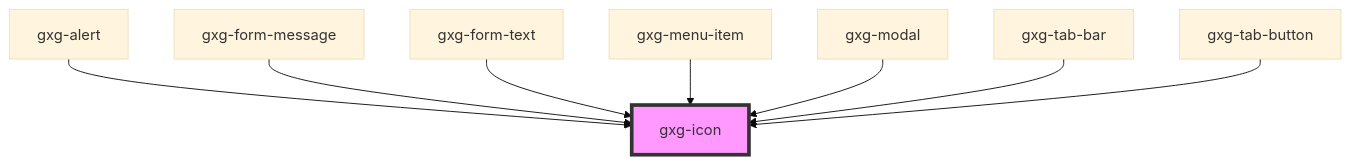
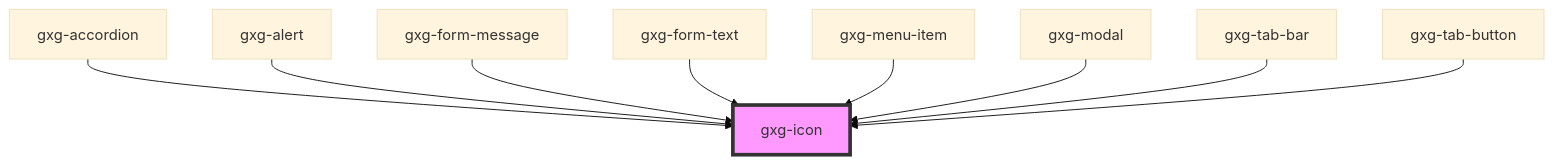
Before and after one commit to genexuslabs/gemini: the diagram in src/components/icon/readme.md, drawn with Mermaid (base theme). The commit also changed other lines of this file and 19 other files, not shown here.

````diff
--- a/src/components/icon/readme.md
+++ b/src/components/icon/readme.md
@@ -36,11 +37,12 @@
 ```mermaid
 graph TD;
+  gxg-accordion --> gxg-icon
   gxg-alert --> gxg-icon
   gxg-form-message --> gxg-icon
   gxg-form-text --> gxg-icon
   gxg-menu-item --> gxg-icon
   gxg-modal --> gxg-icon
   gxg-tab-bar --> gxg-icon
   gxg-tab-button --> gxg-icon
   style gxg-icon fill:#f9f,stroke:#333,stroke-width:4px
 ```
````
